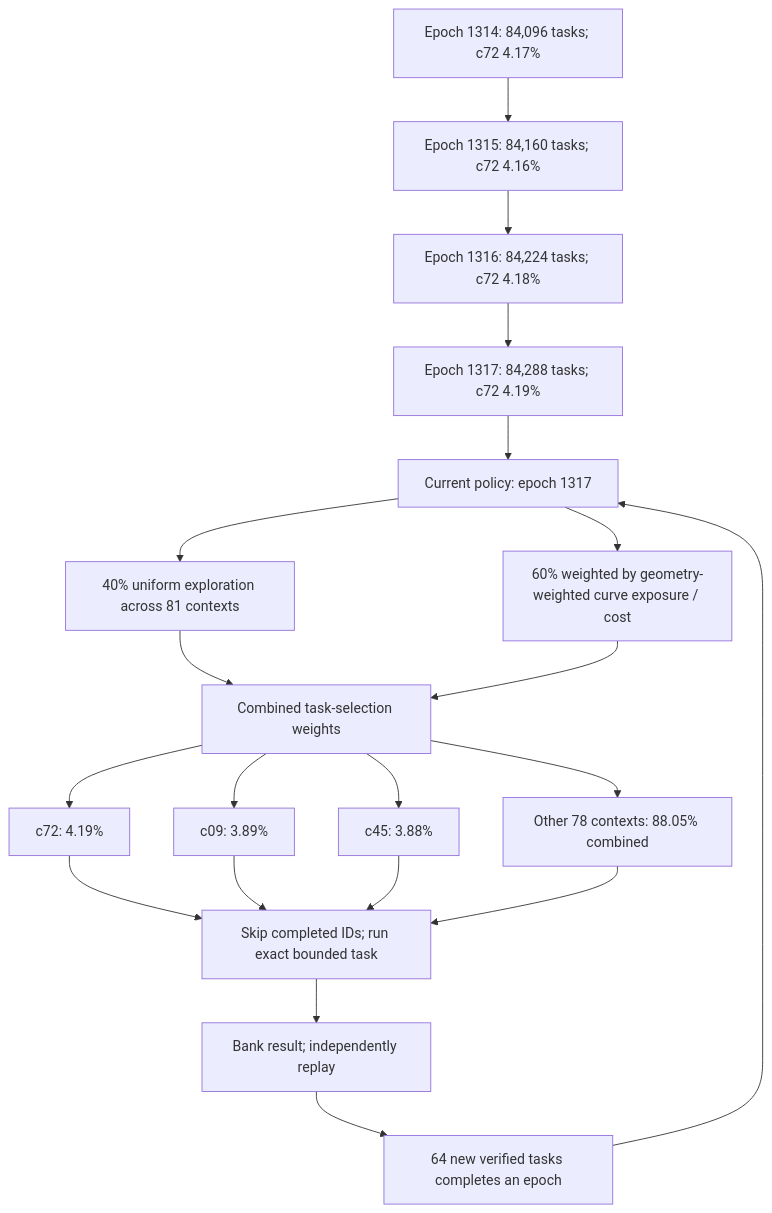
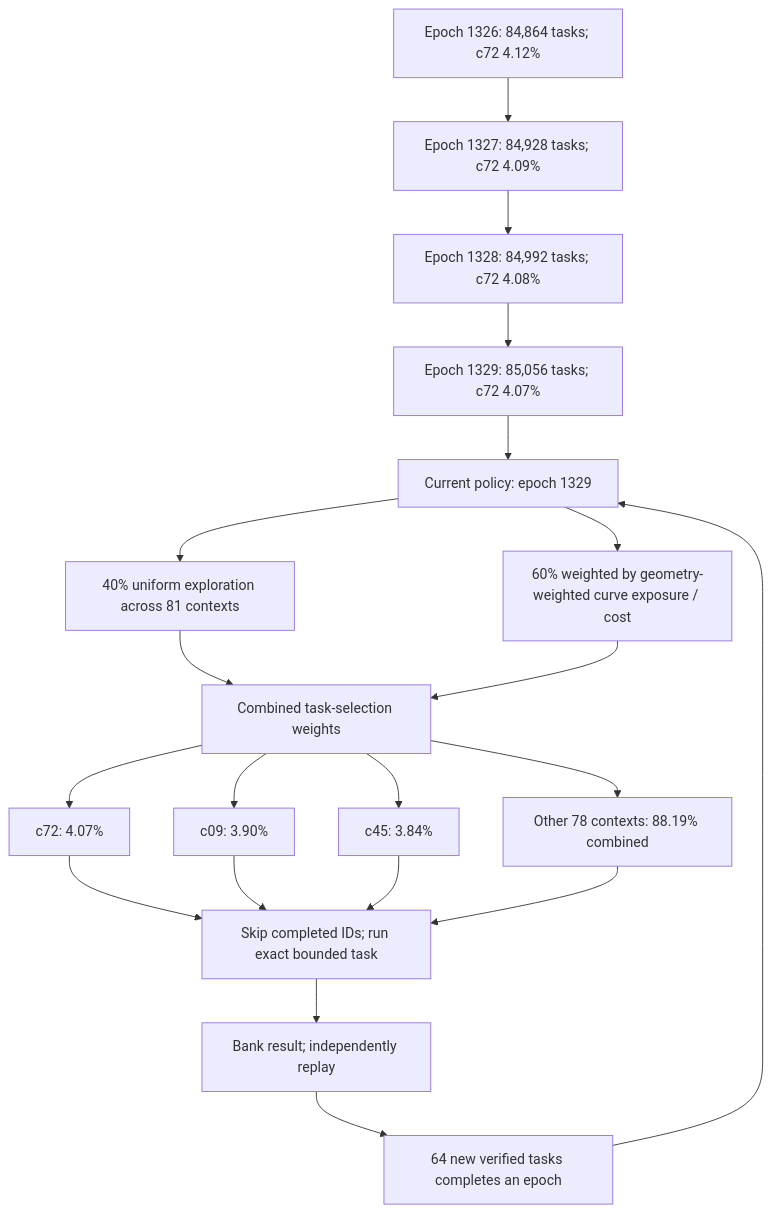
One commit to Kuberwastaken/math-gambling changed the first of 3 diagrams in README.md. Above: the diagram before and after it, drawn with Mermaid. The commit also changed other lines of this file and 1644 other files, not shown here.

````diff
--- a/README.md
+++ b/README.md
@@ -56,27 +56,27 @@
 ```mermaid
 flowchart TD
-    H0["Epoch 1314: 84,096 tasks; c72 4.17%"]
-    H1["Epoch 1315: 84,160 tasks; c72 4.16%"]
+    H0["Epoch 1326: 84,864 tasks; c72 4.12%"]
+    H1["Epoch 1327: 84,928 tasks; c72 4.09%"]
     H0 --> H1
-    H2["Epoch 1316: 84,224 tasks; c72 4.18%"]
+    H2["Epoch 1328: 84,992 tasks; c72 4.08%"]
     H1 --> H2
-    H3["Epoch 1317: 84,288 tasks; c72 4.19%"]
+    H3["Epoch 1329: 85,056 tasks; c72 4.07%"]
     H2 --> H3
-    Policy["Current policy: epoch 1317"]
+    Policy["Current policy: epoch 1329"]
     H3 --> Policy
     Policy --> Explore["40% uniform exploration across 81 contexts"]
     Policy --> Cost["60% weighted by geometry-weighted curve exposure / cost"]
     Explore --> Mix["Combined task-selection weights"]
     Cost --> Mix
-    Mix --> C0["c72: 4.19%"]
-    Mix --> C1["c09: 3.89%"]
-    Mix --> C2["c45: 3.88%"]
-    Mix --> Rest["Other 78 contexts: 88.05% combined"]
+    Mix --> C0["c72: 4.07%"]
+    Mix --> C1["c09: 3.90%"]
+    Mix --> C2["c45: 3.84%"]
+    Mix --> Rest["Other 78 contexts: 88.19% combined"]
     C0 --> Check["Skip completed IDs; run exact bounded task"]
     C1 --> Check
     C2 --> Check
     Rest --> Check
     Check --> Replay["Bank result; independently replay"]
     Replay --> Gate["64 new verified tasks completes an epoch"]
     Gate --> Policy
 ```
````
